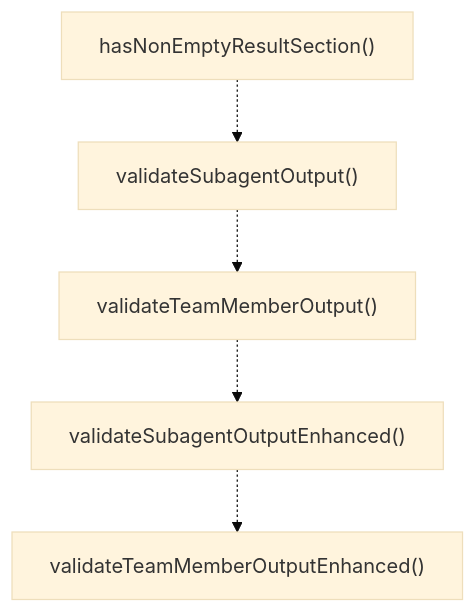
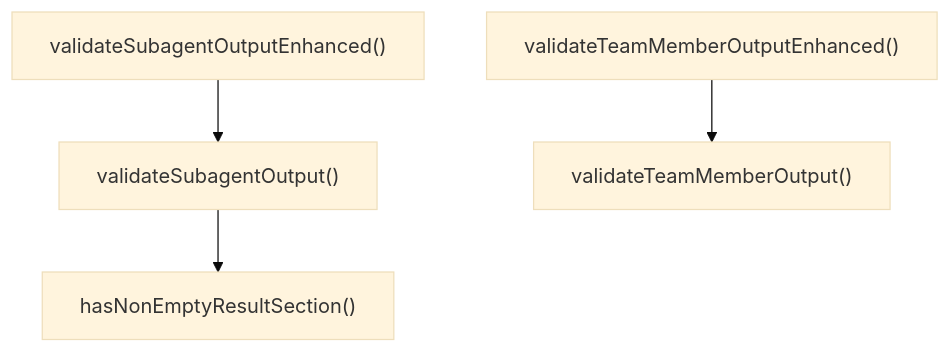
The third of 4 diagrams in ABDD/.pi/lib/output-validation.md (Mekann2904/mekann), drawn with Mermaid (base theme) before and after one commit. The commit also changed other lines of this file and 277 other files, not shown here.

````diff
--- a/ABDD/.pi/lib/output-validation.md
+++ b/ABDD/.pi/lib/output-validation.md
@@ -76,12 +76,11 @@
 ```mermaid
 flowchart TD
   hasNonEmptyResultSection["hasNonEmptyResultSection()"]
   validateSubagentOutput["validateSubagentOutput()"]
+  validateSubagentOutputEnhanced["validateSubagentOutputEnhanced()"]
   validateTeamMemberOutput["validateTeamMemberOutput()"]
-  validateSubagentOutputEnhanced["validateSubagentOutputEnhanced()"]
   validateTeamMemberOutputEnhanced["validateTeamMemberOutputEnhanced()"]
-  hasNonEmptyResultSection -.-> validateSubagentOutput
-  validateSubagentOutput -.-> validateTeamMemberOutput
-  validateTeamMemberOutput -.-> validateSubagentOutputEnhanced
-  validateSubagentOutputEnhanced -.-> validateTeamMemberOutputEnhanced
+  validateSubagentOutput --> hasNonEmptyResultSection
+  validateSubagentOutputEnhanced --> validateSubagentOutput
+  validateTeamMemberOutputEnhanced --> validateTeamMemberOutput
 ```
````
